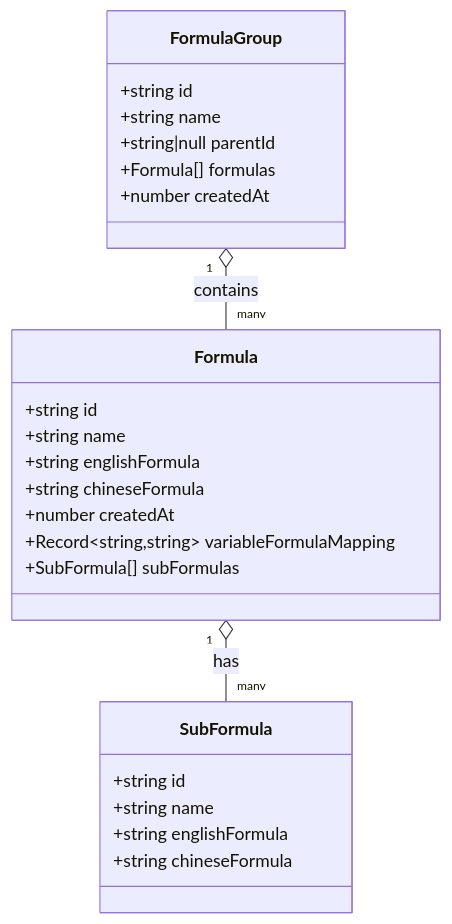
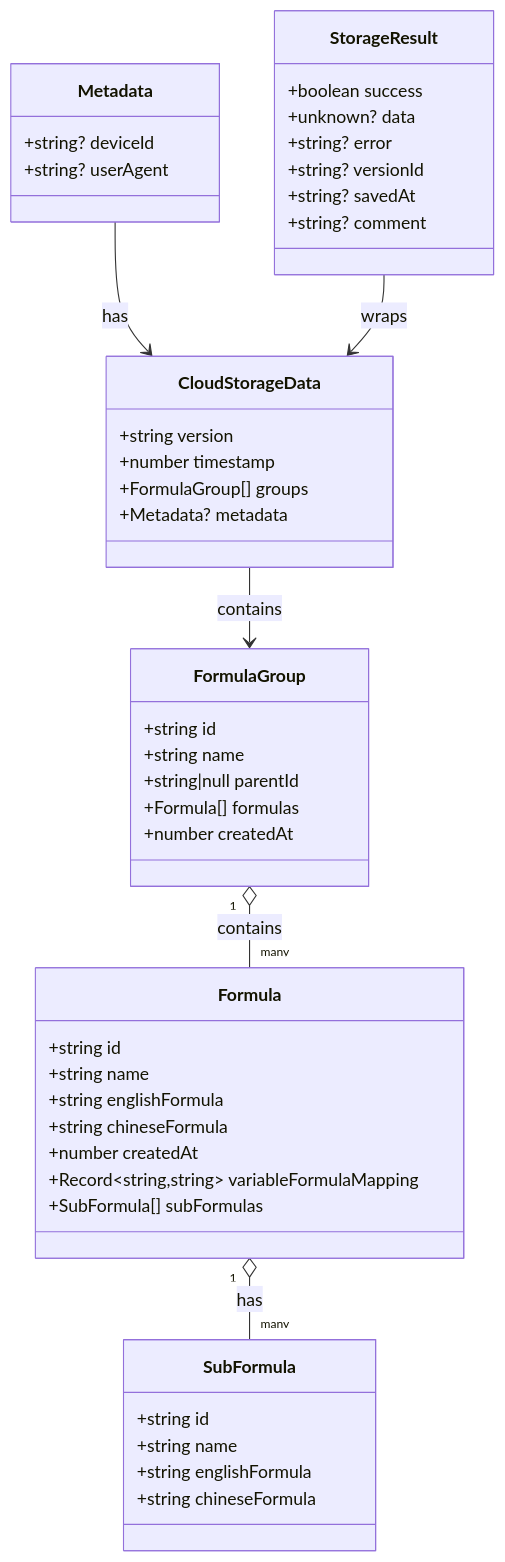
The third of 6 diagrams in .qoder/repowiki/zh/content/API参考/数据存储API.md (steveyu2/formula-mapper), drawn with Mermaid before and after one commit. The commit also changed other lines of this file and 14 other files, not shown here.

````diff
--- a/.qoder/repowiki/zh/content/API参考/数据存储API.md
+++ b/.qoder/repowiki/zh/content/API参考/数据存储API.md
@@ -316,27 +386,48 @@
 ```mermaid
 classDiagram
 class FormulaGroup {
 +string id
 +string name
 +string|null parentId
 +Formula[] formulas
 +number createdAt
 }
 class Formula {
 +string id
 +string name
 +string englishFormula
 +string chineseFormula
 +number createdAt
 +Record~string,string~ variableFormulaMapping
 +SubFormula[] subFormulas
 }
 class SubFormula {
 +string id
 +string name
 +string englishFormula
 +string chineseFormula
 }
+class CloudStorageData {
++string version
++number timestamp
++FormulaGroup[] groups
++Metadata? metadata
+}
+class Metadata {
++string? deviceId
++string? userAgent
+}
+class StorageResult {
++boolean success
++unknown? data
++string? error
++string? versionId
++string? savedAt
++string? comment
+}
 FormulaGroup "1" o-- "many" Formula : contains
 Formula "1" o-- "many" SubFormula : has
+CloudStorageData --> FormulaGroup : contains
+Metadata --> CloudStorageData : has
+StorageResult --> CloudStorageData : wraps
 ```
````
